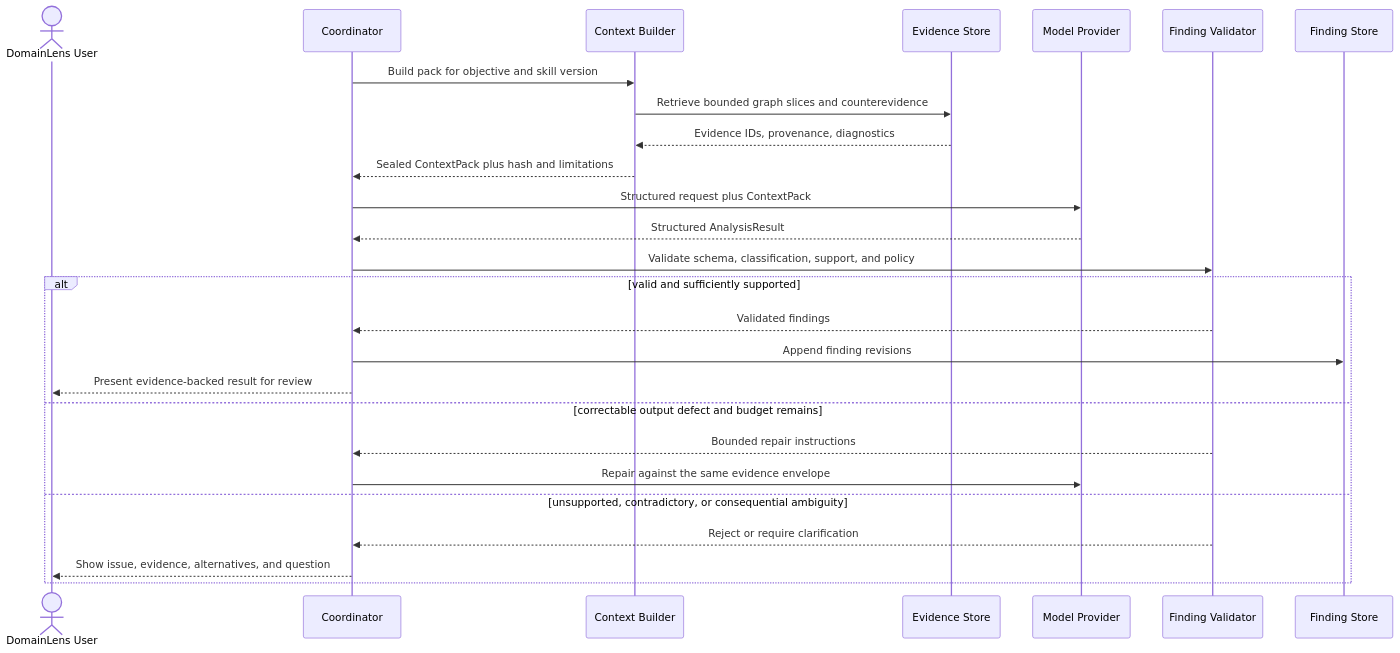
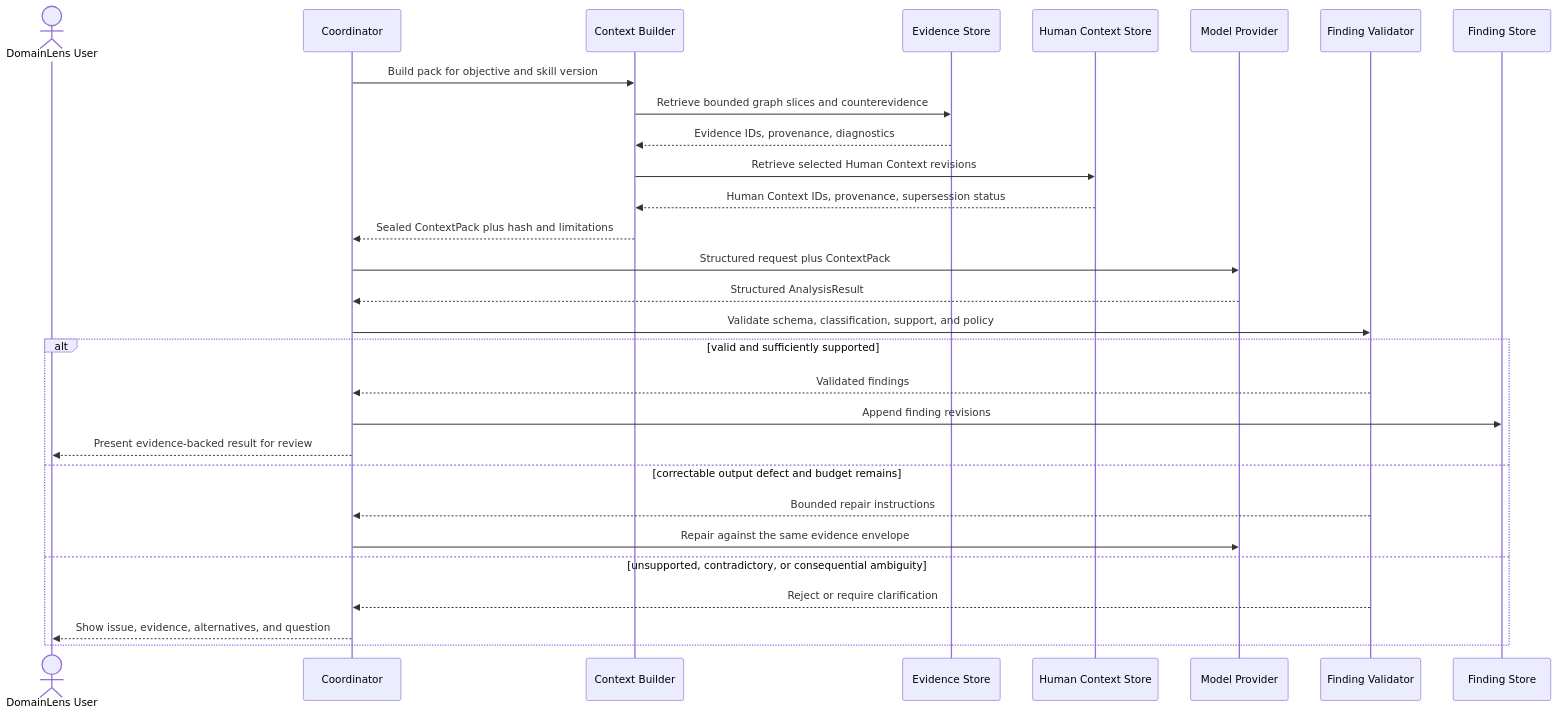
Before and after one commit to ksharik/domainLens: the diagram in docs/architecture/07-agent-reasoning-architecture.md, drawn with Mermaid. The commit also changed other lines of this file and 24 other files, not shown here.

````diff
--- a/docs/architecture/07-agent-reasoning-architecture.md
+++ b/docs/architecture/07-agent-reasoning-architecture.md
@@ -139,29 +163,32 @@
 ```mermaid
 sequenceDiagram
     actor U as DomainLens User
     participant C as Coordinator
     participant B as Context Builder
     participant E as Evidence Store
+    participant H as Human Context Store
     participant M as Model Provider
     participant V as Finding Validator
     participant F as Finding Store
 
     C->>B: Build pack for objective and skill version
     B->>E: Retrieve bounded graph slices and counterevidence
     E-->>B: Evidence IDs, provenance, diagnostics
+    B->>H: Retrieve selected Human Context revisions
+    H-->>B: Human Context IDs, provenance, supersession status
     B-->>C: Sealed ContextPack plus hash and limitations
     C->>M: Structured request plus ContextPack
     M-->>C: Structured AnalysisResult
     C->>V: Validate schema, classification, support, and policy
     alt valid and sufficiently supported
         V-->>C: Validated findings
         C->>F: Append finding revisions
         C-->>U: Present evidence-backed result for review
     else correctable output defect and budget remains
         V-->>C: Bounded repair instructions
         C->>M: Repair against the same evidence envelope
     else unsupported, contradictory, or consequential ambiguity
         V-->>C: Reject or require clarification
         C-->>U: Show issue, evidence, alternatives, and question
     end
 ```
````
